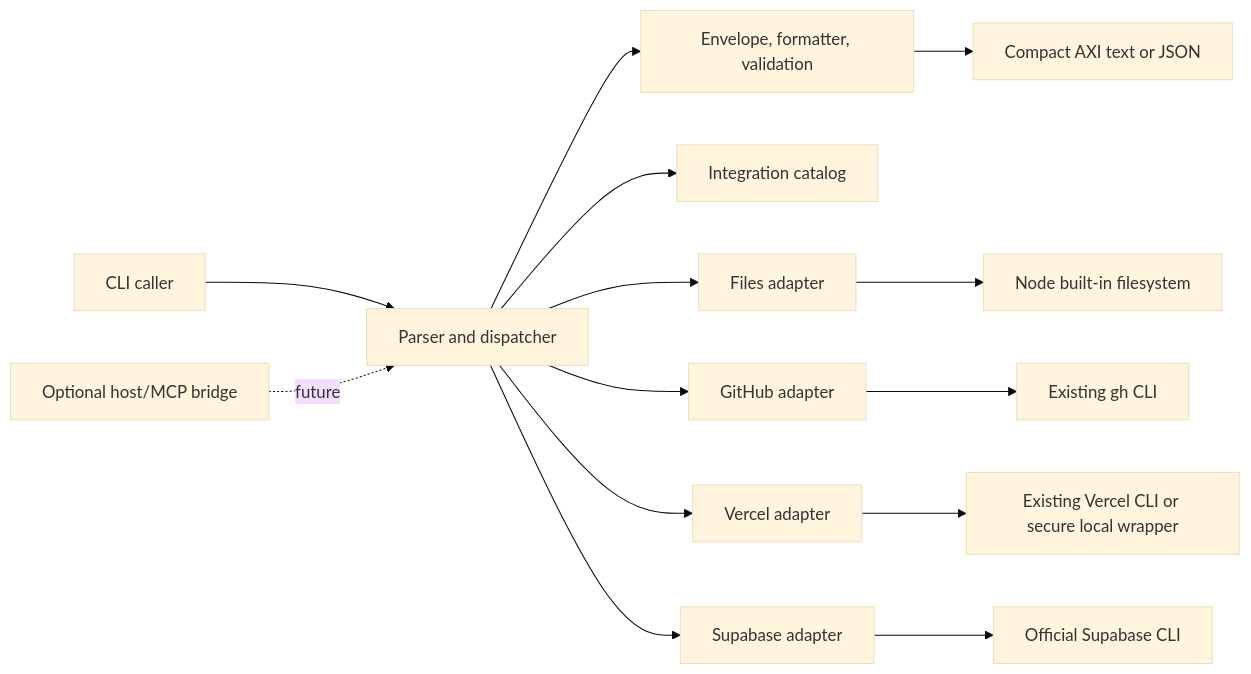
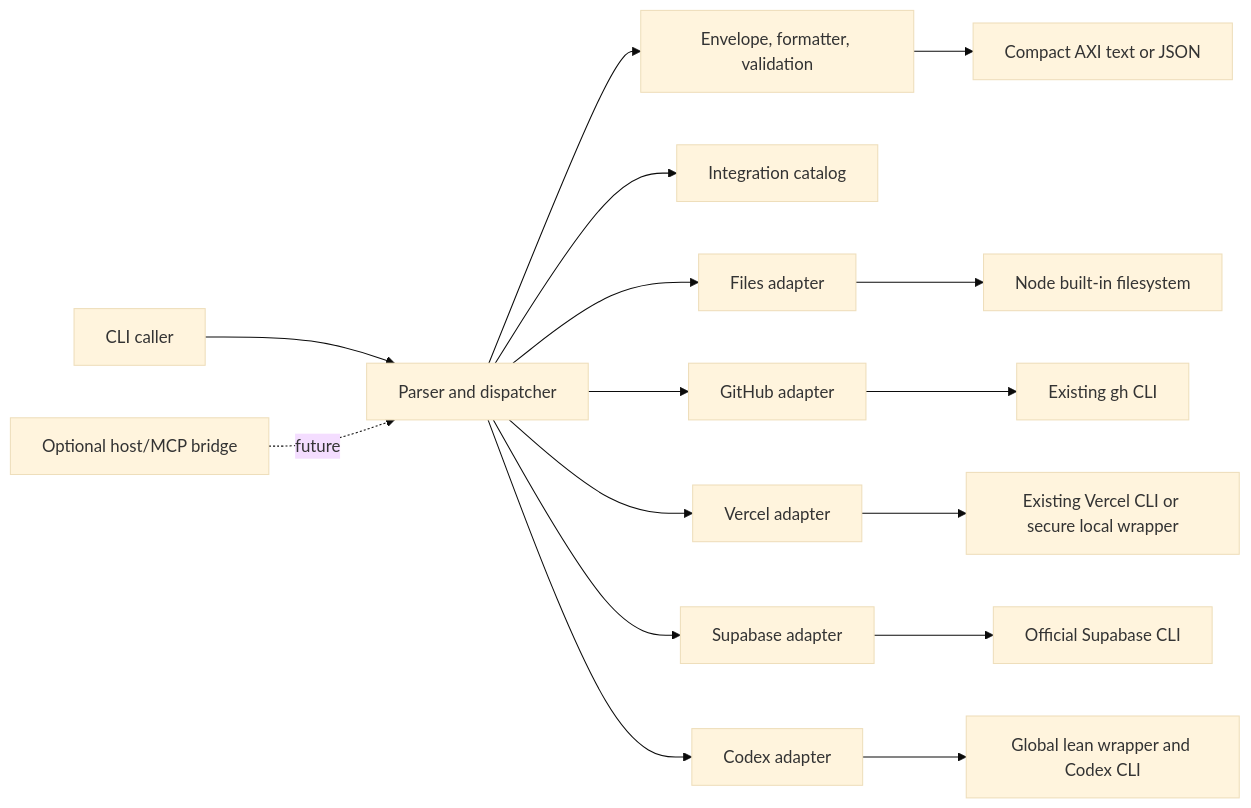
The diagram in docs/ARCHITECTURE.md (Suazo-AI/suazo-axi), drawn with Mermaid (base theme) before and after one commit. The commit also changed other lines of this file and 14 other files, not shown here.

Commit message:
feat: add read-only Codex adapter

````diff
--- a/docs/ARCHITECTURE.md
+++ b/docs/ARCHITECTURE.md
@@ -5,16 +5,18 @@
 ```mermaid
 flowchart LR
   User[CLI caller] --> CLI[Parser and dispatcher]
   CLI --> Core[Envelope, formatter, validation]
   CLI --> Registry[Integration catalog]
   CLI --> Files[Files adapter]
   CLI --> GitHub[GitHub adapter]
   CLI --> Vercel[Vercel adapter]
   CLI --> Supabase[Supabase adapter]
+  CLI --> Codex[Codex adapter]
   Files --> FS[Node built-in filesystem]
   GitHub --> GH[Existing gh CLI]
   Vercel --> VC[Existing Vercel CLI or secure local wrapper]
   Supabase --> SB[Official Supabase CLI]
+  Codex --> Lean[Global lean wrapper and Codex CLI]
   Core --> Out[Compact AXI text or JSON]
   Bridges[Optional host/MCP bridge] -. future .-> CLI
 ```
````
